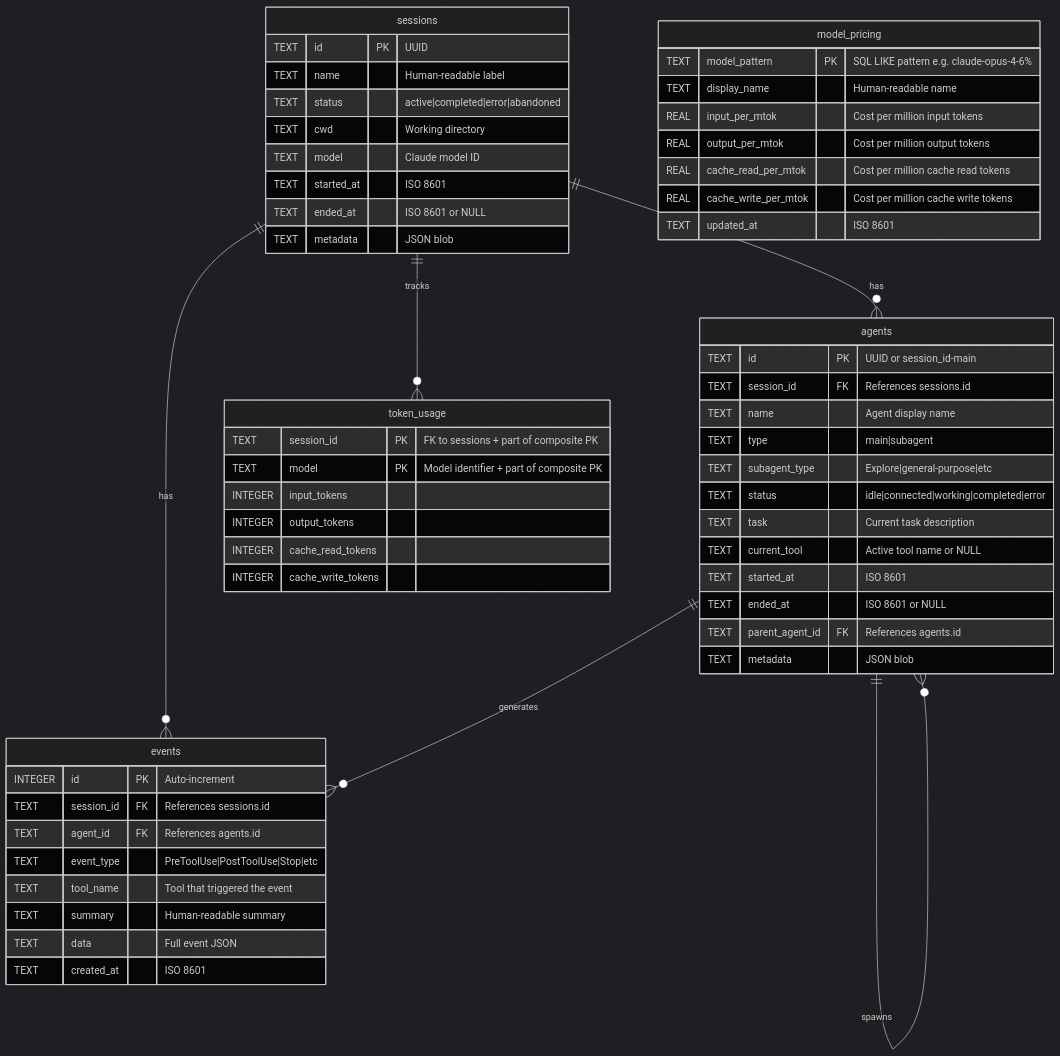
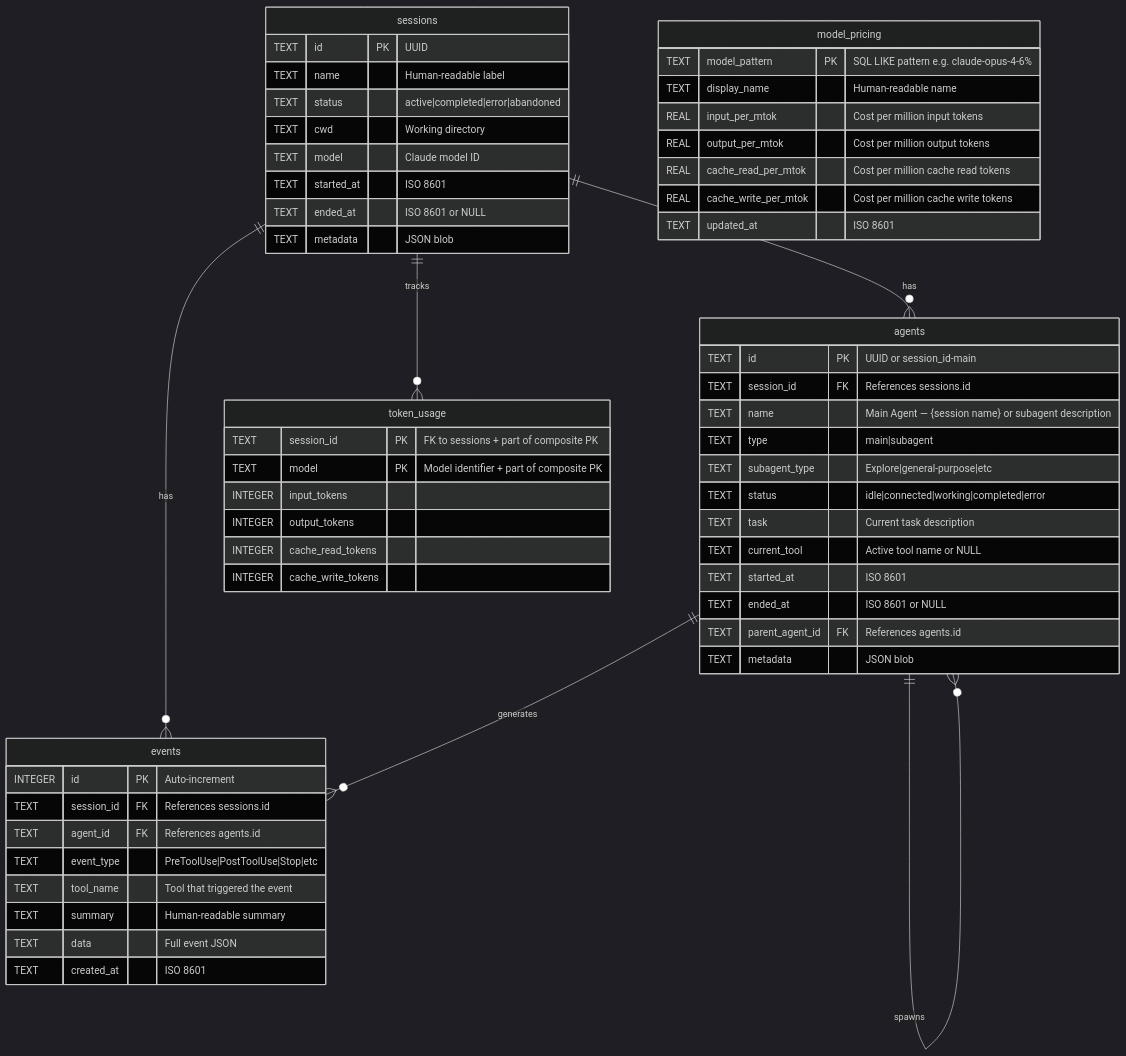
The tenth of 21 diagrams in ARCHITECTURE.md (mirkanu/gsd-dashboard), drawn with Mermaid (dark theme) before and after one commit. The commit also changed other lines of this file and 20 other files, not shown here.

First line of the commit message:
feat: update session handling and agent status on Stop events

````diff
--- a/ARCHITECTURE.md
+++ b/ARCHITECTURE.md
@@ -421,64 +423,64 @@
 ```mermaid
 erDiagram
     sessions ||--o{ agents : has
     sessions ||--o{ events : has
     sessions ||--o{ token_usage : tracks
     agents ||--o{ events : generates
     agents ||--o{ agents : spawns
 
     sessions {
         TEXT id PK "UUID"
         TEXT name "Human-readable label"
         TEXT status "active|completed|error|abandoned"
         TEXT cwd "Working directory"
         TEXT model "Claude model ID"
         TEXT started_at "ISO 8601"
         TEXT ended_at "ISO 8601 or NULL"
         TEXT metadata "JSON blob"
     }
 
     agents {
         TEXT id PK "UUID or session_id-main"
         TEXT session_id FK "References sessions.id"
-        TEXT name "Agent display name"
+        TEXT name "Main Agent — {session name} or subagent description"
         TEXT type "main|subagent"
         TEXT subagent_type "Explore|general-purpose|etc"
         TEXT status "idle|connected|working|completed|error"
         TEXT task "Current task description"
         TEXT current_tool "Active tool name or NULL"
         TEXT started_at "ISO 8601"
         TEXT ended_at "ISO 8601 or NULL"
         TEXT parent_agent_id FK "References agents.id"
         TEXT metadata "JSON blob"
     }
 
     events {
         INTEGER id PK "Auto-increment"
         TEXT session_id FK "References sessions.id"
         TEXT agent_id FK "References agents.id"
         TEXT event_type "PreToolUse|PostToolUse|Stop|etc"
         TEXT tool_name "Tool that triggered the event"
         TEXT summary "Human-readable summary"
         TEXT data "Full event JSON"
         TEXT created_at "ISO 8601"
     }
 
     token_usage {
         TEXT session_id PK "FK to sessions + part of composite PK"
         TEXT model PK "Model identifier + part of composite PK"
         INTEGER input_tokens
         INTEGER output_tokens
         INTEGER cache_read_tokens
         INTEGER cache_write_tokens
     }
 
     model_pricing {
         TEXT model_pattern PK "SQL LIKE pattern e.g. claude-opus-4-6%"
         TEXT display_name "Human-readable name"
         REAL input_per_mtok "Cost per million input tokens"
         REAL output_per_mtok "Cost per million output tokens"
         REAL cache_read_per_mtok "Cost per million cache read tokens"
         REAL cache_write_per_mtok "Cost per million cache write tokens"
         TEXT updated_at "ISO 8601"
     }
 ```
````
